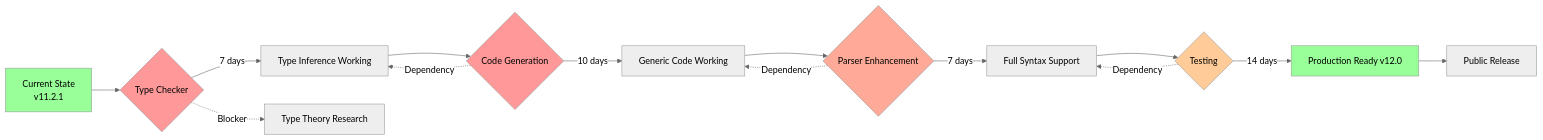
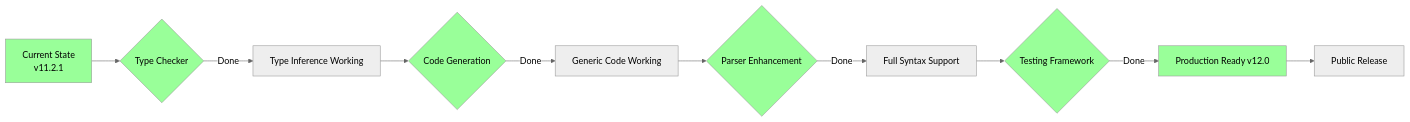
Before and after one commit to Bakulcoding/widya-lang: the fifth of 8 diagrams in graphify.md, drawn with Mermaid (neutral theme). The commit also changed other lines of this file and 48 other files, not shown here.

````diff
--- a/graphify.md
+++ b/graphify.md
@@ -217,24 +212,19 @@
 ```mermaid
 graph LR
     A[Current State<br/>v11.2.1] --> B{Type Checker}
-    B -->|7 days| C[Type Inference Working]
+    B -->|Done| C[Type Inference Working]
     C --> D{Code Generation}
-    D -->|10 days| E[Generic Code Working]
+    D -->|Done| E[Generic Code Working]
     E --> F{Parser Enhancement}
-    F -->|7 days| G[Full Syntax Support]
-    G --> H{Testing}
-    H -->|14 days| I[Production Ready v12.0]
+    F -->|Done| G[Full Syntax Support]
+    G --> H{Testing Framework}
+    H -->|Done| I[Production Ready v12.0]
     I --> J[Public Release]
     
-    B -.->|Blocker| K[Type Theory Research]
-    D -.->|Dependency| C
-    F -.->|Dependency| E
-    H -.->|Dependency| G
-    
     style A fill:#99ff99
-    style B fill:#ff9999
-    style D fill:#ff9999
-    style F fill:#ffaa99
-    style H fill:#ffcc99
+    style B fill:#99ff99
+    style D fill:#99ff99
+    style F fill:#99ff99
+    style H fill:#99ff99
     style I fill:#99ff99
 ```
````
